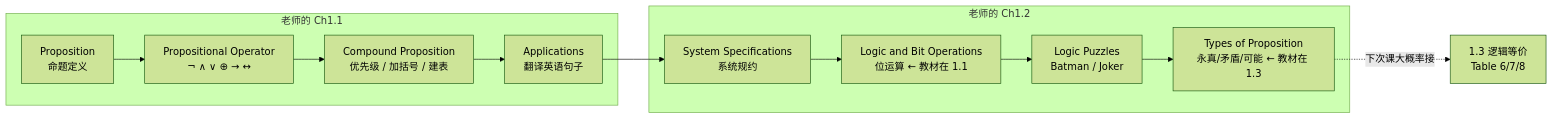
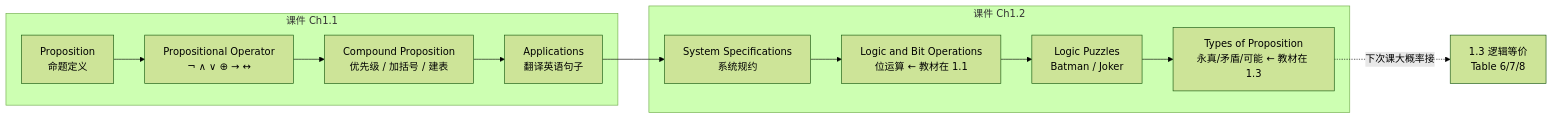
One commit to KayeAdams515/ClaudeNotes changed the first of 3 diagrams in 离散数学/C1 基础：逻辑与证明 MOC.md. Above: the diagram before and after it, drawn with Mermaid (forest theme). The commit also changed other lines of this file and 169 other files, not shown here.

````diff
--- a/离散数学/C1 基础：逻辑与证明 MOC.md
+++ b/离散数学/C1 基础：逻辑与证明 MOC.md
@@ -229,15 +229,15 @@
 ```mermaid
 graph LR
-    subgraph 老师的 Ch1.1
+    subgraph 课件 Ch1.1
     A1["Proposition<br/>命题定义"] --> A2["Propositional Operator<br/>¬ ∧ ∨ ⊕ → ↔"]
     A2 --> A3["Compound Proposition<br/>优先级 / 加括号 / 建表"]
     A3 --> A4["Applications<br/>翻译英语句子"]
     end
-    subgraph 老师的 Ch1.2
+    subgraph 课件 Ch1.2
     B1["System Specifications<br/>系统规约"] --> B2["Logic and Bit Operations<br/>位运算 ← 教材在 1.1"]
     B2 --> B3["Logic Puzzles<br/>Batman / Joker"]
     B3 --> B4["Types of Proposition<br/>永真/矛盾/可能 ← 教材在 1.3"]
     end
     A4 --> B1
     B4 -.->|"下次课大概率接"| C["1.3 逻辑等价<br/>Table 6/7/8"]
 ```
````
